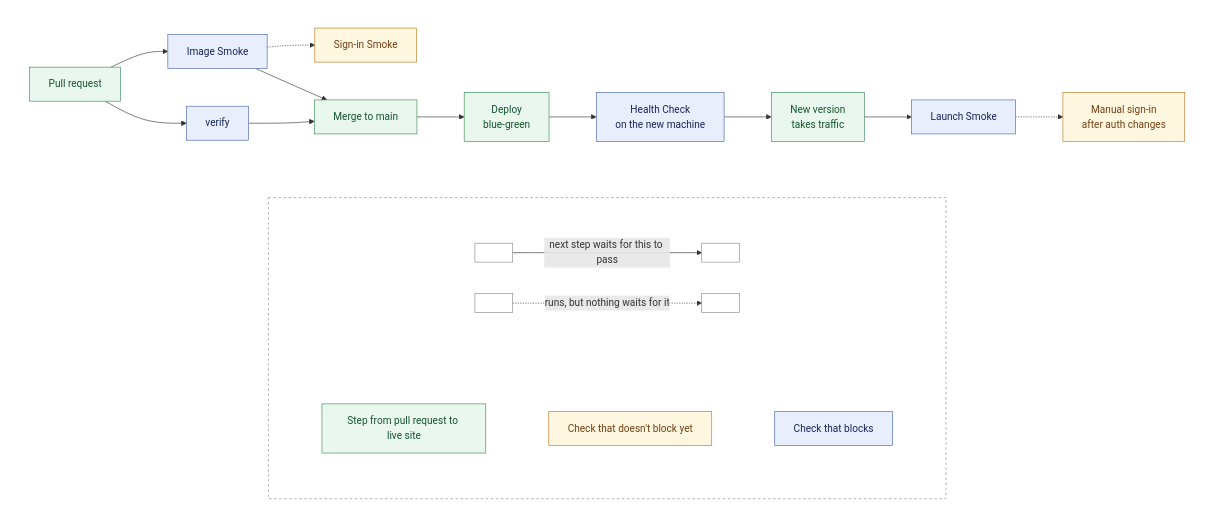
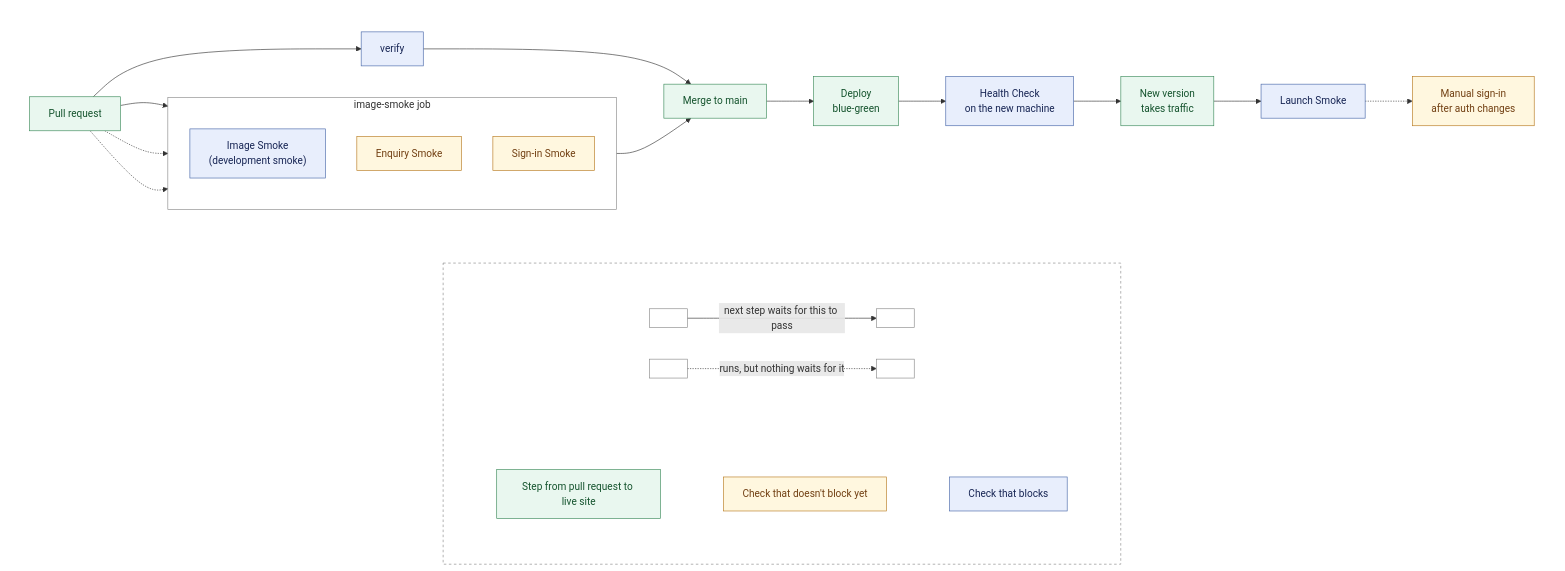
Before and after one commit to sumau/welltutored: the diagram in docs/pipeline.md, drawn with Mermaid. The commit also changed other lines of this file and 1 other file, not shown here.

Commit message:
Show the three checks in the image-smoke job alike
The Image Smoke is the development smoke against the production image, as
GLOSSARY.md defines it. The Enquiry and Sign-in Smokes run in the same job
without blocking. The pipeline diagram and table now show all three the same
way, and ADR-0003 no longer counts the Sign-in Smoke as part of the Image
Smoke.

````diff
--- a/docs/pipeline.md
+++ b/docs/pipeline.md
@@ -11,53 +11,61 @@
 ```mermaid
 flowchart TB
   %% From pull request to live site.
   subgraph pipeline[" "]
     direction LR
     pr["Pull request"] --> verify["verify"]
-    pr --> image["Image Smoke"]
-    image -.-> signIn["Sign-in Smoke"]
+    subgraph imageJob["image-smoke job"]
+      direction TB
+      image["Image Smoke<br/>(development smoke)"]
+      enquiry["Enquiry Smoke"]
+      signIn["Sign-in Smoke"]
+    end
+    pr --> image
+    pr -.-> enquiry
+    pr -.-> signIn
     verify --> merge["Merge to main"]
     image --> merge
     merge --> deploy["Deploy<br/>blue-green"]
     deploy --> health["Health Check<br/>on the new machine"]
     health --> live["New version<br/>takes traffic"]
     live --> launch["Launch Smoke"]
     launch -.-> manual["Manual sign-in<br/>after auth changes"]
   end
 
   %% The legend. Links written ~~~ are invisible and only position things.
   subgraph legend[" "]
     direction TB
     subgraph legendArrows[" "]
       direction LR
       keyA[" "] -->|"next step waits for this to pass"| keyB[" "]
       keyC[" "] -.->|"runs, but nothing waits for it"| keyD[" "]
     end
 
     subgraph legendBoxes[" "]
       direction LR
       keyEvent["Step from pull request to live site"]
       keySoft["Check that doesn't block yet"]
       keyGate["Check that blocks"]
       keyEvent ~~~ keySoft ~~~ keyGate
     end
 
     legendArrows ~~~ legendBoxes
   end
 
   pipeline ~~~ legend
 
   classDef gate fill:#e8eefc,stroke:#4666a8,color:#172554
   classDef soft fill:#fff7df,stroke:#b7791f,color:#713f12
   classDef event fill:#e9f7ef,stroke:#3b8a5a,color:#14532d
   classDef blank fill:none,stroke:#888,color:#888
   class verify,image,health,launch,keyGate gate
-  class signIn,manual,keySoft soft
+  class enquiry,signIn,manual,keySoft soft
   class pr,merge,deploy,live,keyEvent event
   class keyA,keyB,keyC,keyD blank
 
   style pipeline fill:none,stroke:none
+  style imageJob fill:none,stroke:#888
   style legend fill:none,stroke:#888,stroke-dasharray:4
   style legendArrows fill:none,stroke:none
   style legendBoxes fill:none,stroke:none
 ```
````
